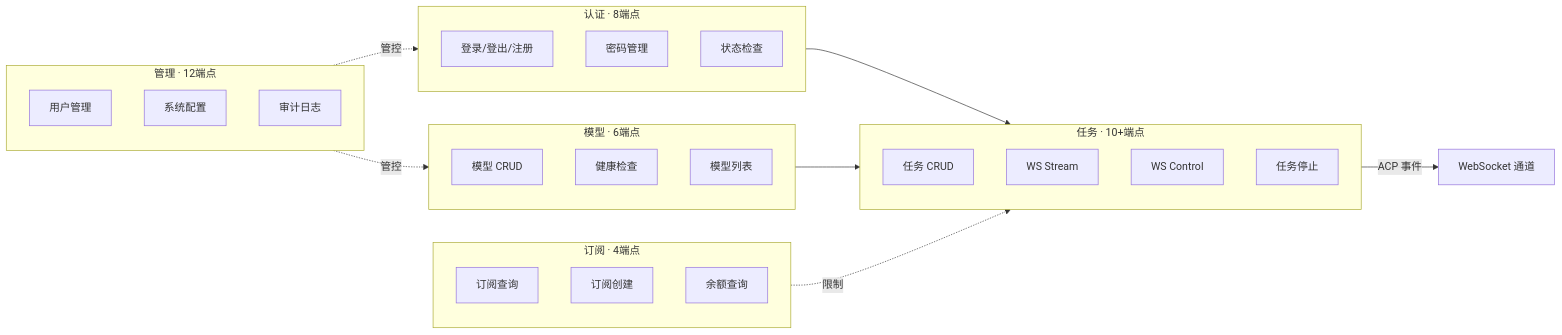
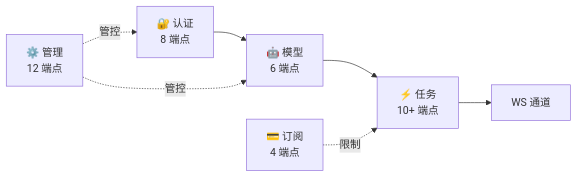
The diagram in docs/05-api/README.md (vibe-coding-labs/MonkeyCodeReverseEngineer), drawn with Mermaid before and after one commit. The commit also changed other lines of this file and 11 other files, not shown here.

````diff
--- a/docs/05-api/README.md
+++ b/docs/05-api/README.md
@@ -23,36 +7,15 @@
 ```mermaid
 flowchart LR
-    subgraph Auth["认证 · 8端点"]
-        A1["登录/登出/注册"]
-        A2["密码管理"]
-        A3["状态检查"]
-    end
-    subgraph Model["模型 · 6端点"]
-        M1["模型 CRUD"]
-        M2["健康检查"]
-        M3["模型列表"]
-    end
-    subgraph Task["任务 · 10+端点"]
-        T1["任务 CRUD"]
-        T2["WS Stream"]
-        T3["WS Control"]
-        T4["任务停止"]
-    end
-    subgraph Sub["订阅 · 4端点"]
-        S1["订阅查询"]
-        S2["订阅创建"]
-        S3["余额查询"]
-    end
-    subgraph Admin["管理 · 12端点"]
-        AD1["用户管理"]
-        AD2["系统配置"]
-        AD3["审计日志"]
-    end
+    Auth["🔐 认证<br/>8 端点"]
+    Model["🤖 模型<br/>6 端点"]
+    Task["⚡ 任务<br/>10+ 端点"]
+    WS["WS 通道"]
+    Sub["💳 订阅<br/>4 端点"]
+    Admin["⚙️ 管理<br/>12 端点"]
 
-    Auth --> Task
+    Auth --> Model
     Model --> Task
-    Task -->|ACP 事件| WS["WebSocket 通道"]
+    Task --> WS
     Sub -.->|限制| Task
-    Admin -.->|管控| Auth
-    Admin -.->|管控| Model
+    Admin -.->|管控| Auth & Model
 ```
````
